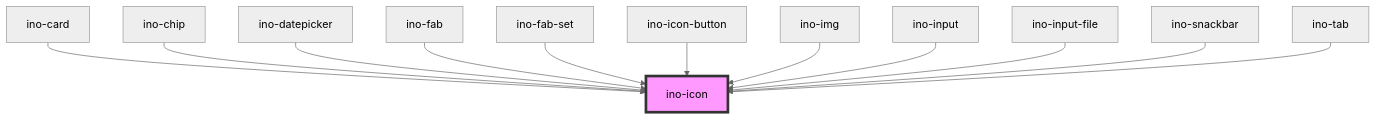
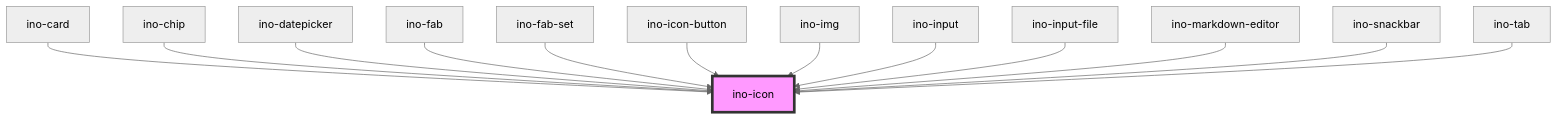
The diagram in packages/elements/src/components/ino-icon/readme.md (inovex/elements), drawn with Mermaid (neutral theme) before and after one commit. The commit also changed other lines of this file and 6 other files, not shown here.

Commit message:
feat(elements|ino-markdown-editor): add editor toolbar with applied design

````diff
--- a/packages/elements/src/components/ino-icon/readme.md
+++ b/packages/elements/src/components/ino-icon/readme.md
@@ -139,15 +140,16 @@
 ```mermaid
 graph TD;
   ino-card --> ino-icon
   ino-chip --> ino-icon
   ino-datepicker --> ino-icon
   ino-fab --> ino-icon
   ino-fab-set --> ino-icon
   ino-icon-button --> ino-icon
   ino-img --> ino-icon
   ino-input --> ino-icon
   ino-input-file --> ino-icon
+  ino-markdown-editor --> ino-icon
   ino-snackbar --> ino-icon
   ino-tab --> ino-icon
   style ino-icon fill:#f9f,stroke:#333,stroke-width:4px
 ```
````
